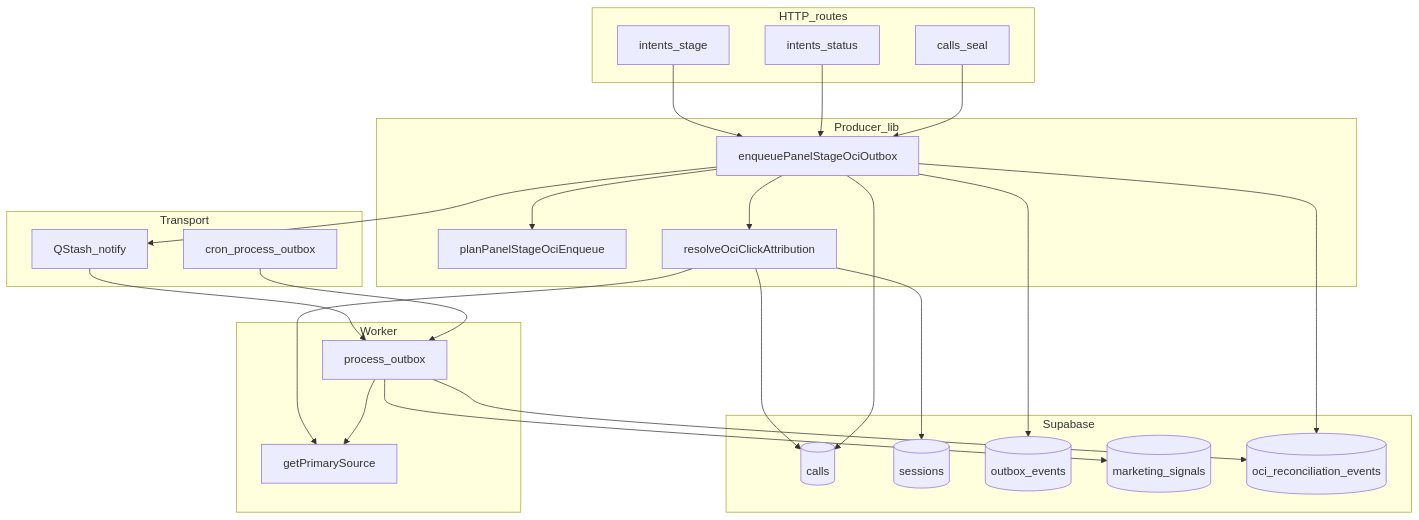
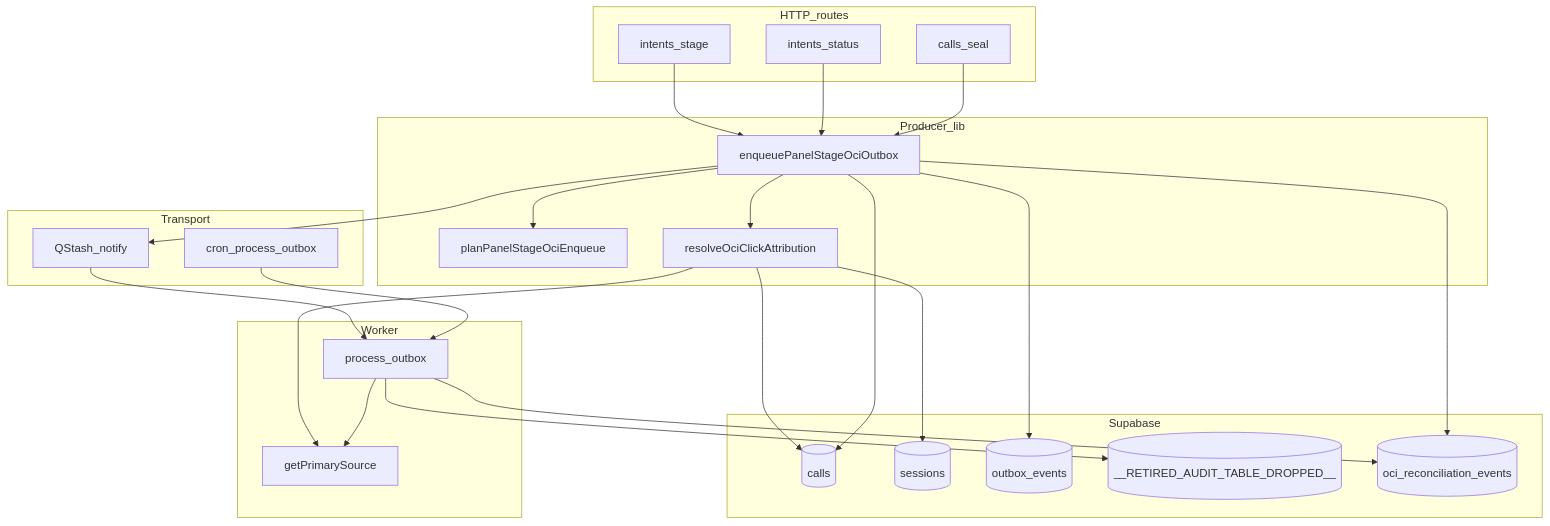
The diagram in .cursor/plans/oci_audit_remediation_deep.plan.md (otomantik/OpsMantik), drawn with Mermaid before and after one commit. The commit also changed other lines of this file and 188 other files, not shown here.

First line of the commit message:
refactor(oci): retire marketing_signals, CUT-02 cron kemik (7 schedules)

````diff
--- a/.cursor/plans/oci_audit_remediation_deep.plan.md
+++ b/.cursor/plans/oci_audit_remediation_deep.plan.md
@@ -34,45 +34,45 @@
 ```mermaid
 flowchart TB
   subgraph routes [HTTP_routes]
     Stage[intents_stage]
     Status[intents_status]
     Seal[calls_seal]
   end
   subgraph prod [Producer_lib]
     Enq[enqueuePanelStageOciOutbox]
     Plan[planPanelStageOciEnqueue]
     Attr[resolveOciClickAttribution]
   end
   subgraph data [Supabase]
     Calls[(calls)]
     Sess[(sessions)]
     Obx[(outbox_events)]
-    Msig[(marketing_signals)]
+    Msig[(__RETIRED_AUDIT_TABLE_DROPPED__)]
     Rec[(oci_reconciliation_events)]
   end
   subgraph transport [Transport]
     Qs[QStash_notify]
     Cron[cron_process_outbox]
   end
   subgraph worker [Worker]
     Proc[process_outbox]
     Gps[getPrimarySource]
   end
   Stage --> Enq
   Status --> Enq
   Seal --> Enq
   Enq --> Attr
   Attr --> Gps
   Enq --> Plan
   Enq --> Obx
   Enq --> Rec
   Enq --> Qs
   Qs --> Proc
   Cron --> Proc
   Proc --> Gps
   Proc --> Msig
   Proc --> Rec
   Attr --> Calls
   Attr --> Sess
   Enq --> Calls
 ```
````
